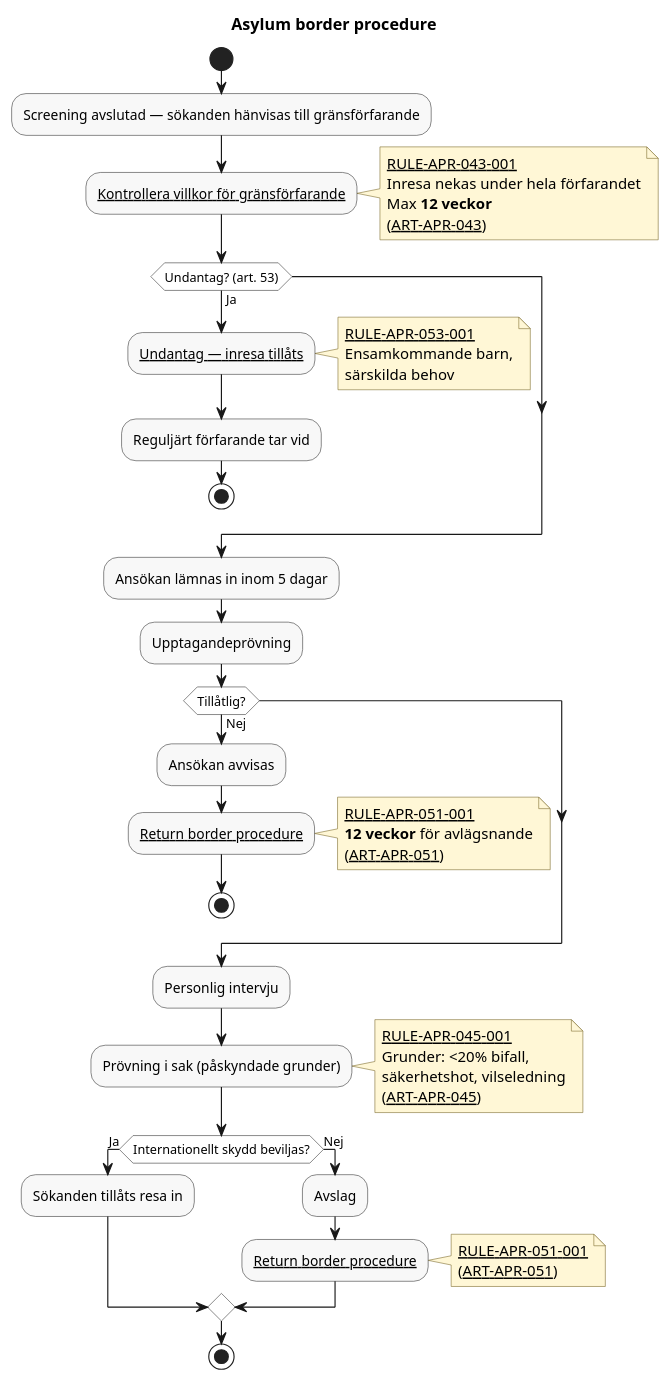
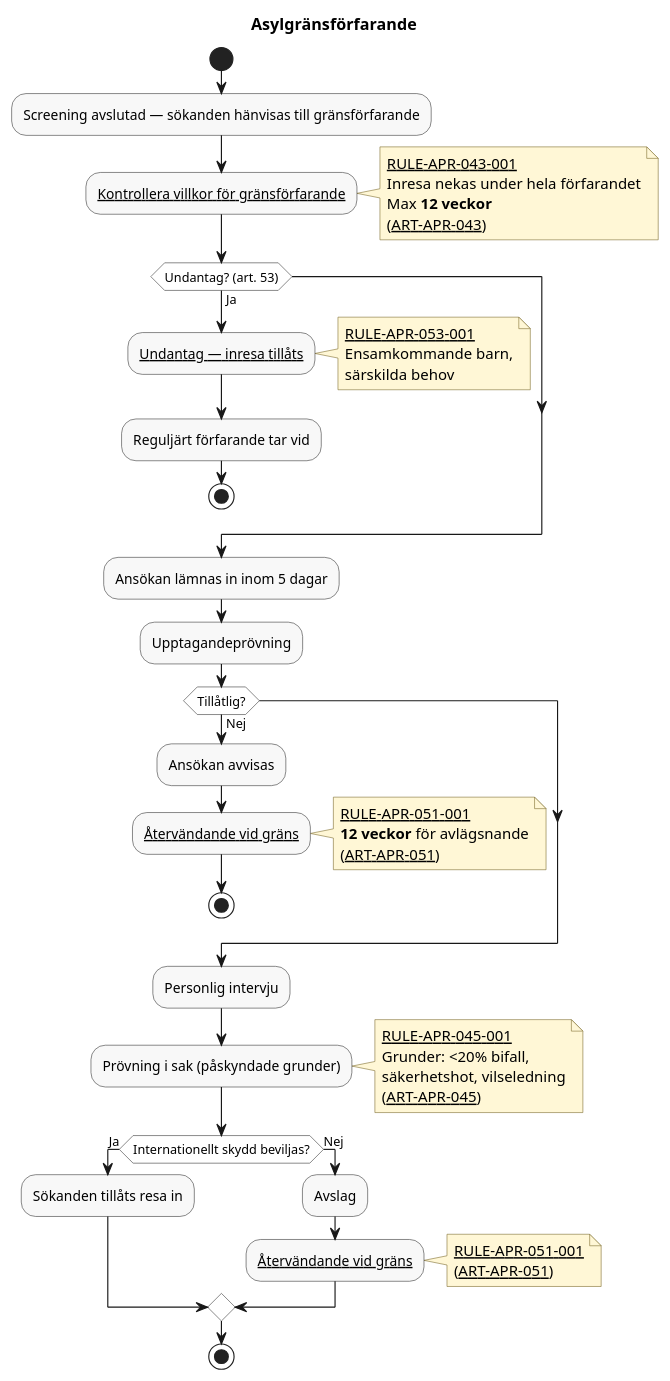
Before and after one commit to chrhe894/migration_pact: the diagram in docs/domains/border-procedure/diagrams/asylum-border-procedure.pu, drawn with PlantUML. The commit also changed other lines of this file and 225 other files, not shown here.

```diff
--- a/docs/domains/border-procedure/diagrams/asylum-border-procedure.pu
+++ b/docs/domains/border-procedure/diagrams/asylum-border-procedure.pu
@@ -15,94 +15,94 @@
 @startuml asylum-border-procedure
 
-title Asylum border procedure
+title Asylgränsförfarande
 
 skinparam shadowing false
 skinparam HyperlinkColor Black
 skinparam HyperlinkUnderline true
 skinparam defaultFontName Arial
 skinparam activity {
   BackgroundColor #F8F8F8
   BorderColor #333333
   DiamondBackgroundColor #FFFFFF
   DiamondBorderColor #333333
 }
 skinparam note {
   BackgroundColor #FFF7D6
   BorderColor #7A6A2A
 }
 
 start
 
 :Screening avslutad — sökanden hänvisas till gränsförfarande;
 
 :[[../rules/rule-apr-043-001.md Kontrollera villkor för gränsförfarande]];
 note right
   [[../rules/rule-apr-043-001.md RULE-APR-043-001]]
   Inresa nekas under hela förfarandet
   Max **12 veckor**
   ([[../articles/apr-043.md ART-APR-043]])
 end note
 
 if (Undantag? (art. 53)) then (Ja)
 
     :[[../rules/rule-apr-053-001.md Undantag — inresa tillåts]];
     note right
       [[../rules/rule-apr-053-001.md RULE-APR-053-001]]
       Ensamkommande barn,
       särskilda behov
     end note
 
     :Reguljärt förfarande tar vid;
 
     stop
 
 endif
 
 :Ansökan lämnas in inom 5 dagar;
 
 :Upptagandeprövning;
 
 if (Tillåtlig?) then (Nej)
 
     :Ansökan avvisas;
 
-    :[[../rules/rule-apr-051-001.md Return border procedure]];
+    :[[../rules/rule-apr-051-001.md Återvändande vid gräns]];
     note right
       [[../rules/rule-apr-051-001.md RULE-APR-051-001]]
       **12 veckor** för avlägsnande
       ([[../articles/apr-051.md ART-APR-051]])
     end note
 
     stop
 
 endif
 
 :Personlig intervju;
 
 :Prövning i sak (påskyndade grunder);
 note right
   [[../rules/rule-apr-045-001.md RULE-APR-045-001]]
   Grunder: <20% bifall,
   säkerhetshot, vilseledning
   ([[../articles/apr-045.md ART-APR-045]])
 end note
 
 if (Internationellt skydd beviljas?) then (Ja)
 
     :Sökanden tillåts resa in;
 
 else (Nej)
 
     :Avslag;
 
-    :[[../rules/rule-apr-051-001.md Return border procedure]];
+    :[[../rules/rule-apr-051-001.md Återvändande vid gräns]];
     note right
       [[../rules/rule-apr-051-001.md RULE-APR-051-001]]
       ([[../articles/apr-051.md ART-APR-051]])
     end note
 
 endif
 
 stop
 
 @enduml
```
